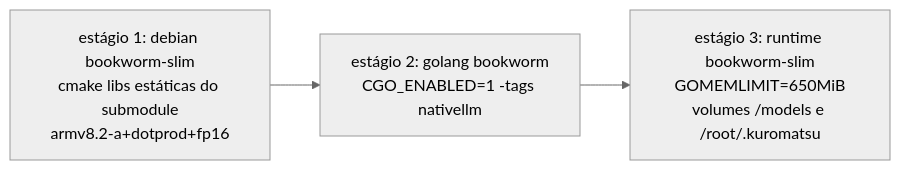
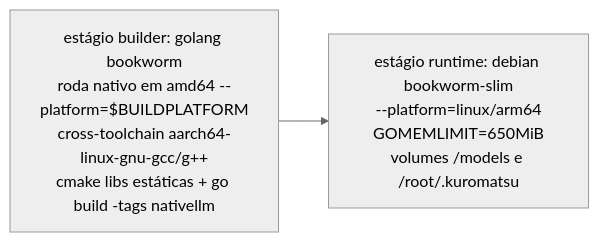
One commit to andre25costa-code/kuromatsu changed the diagram in software-spec/06-infrastructure/32-deployment.md. Above: the diagram before and after it, drawn with Mermaid (neutral theme). The commit also changed other lines of this file and 9 other files, not shown here.

First line of the commit message:
feat(deploy): cross-compiled native arm64 image build via GitHub Actions (E7)

````diff
--- a/software-spec/06-infrastructure/32-deployment.md
+++ b/software-spec/06-infrastructure/32-deployment.md
@@ -23,5 +29,4 @@
 ```mermaid
 flowchart LR
-    A[estágio 1: debian bookworm-slim<br/>cmake libs estáticas do submodule<br/>armv8.2-a+dotprod+fp16] --> B[estágio 2: golang bookworm<br/>CGO_ENABLED=1 -tags nativellm]
-    B --> C[estágio 3: runtime bookworm-slim<br/>GOMEMLIMIT=650MiB<br/>volumes /models e /root/.kuromatsu]
+    A[estágio builder: golang bookworm<br/>roda nativo em amd64 --platform=$BUILDPLATFORM<br/>cross-toolchain aarch64-linux-gnu-gcc/g++<br/>cmake libs estáticas + go build -tags nativellm] --> B[estágio runtime: debian bookworm-slim<br/>--platform=linux/arm64<br/>GOMEMLIMIT=650MiB<br/>volumes /models e /root/.kuromatsu]
 ```
````
